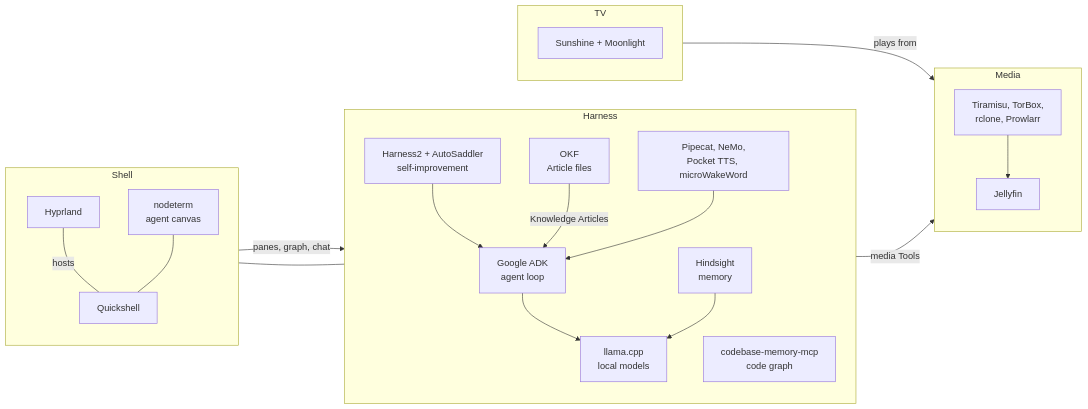
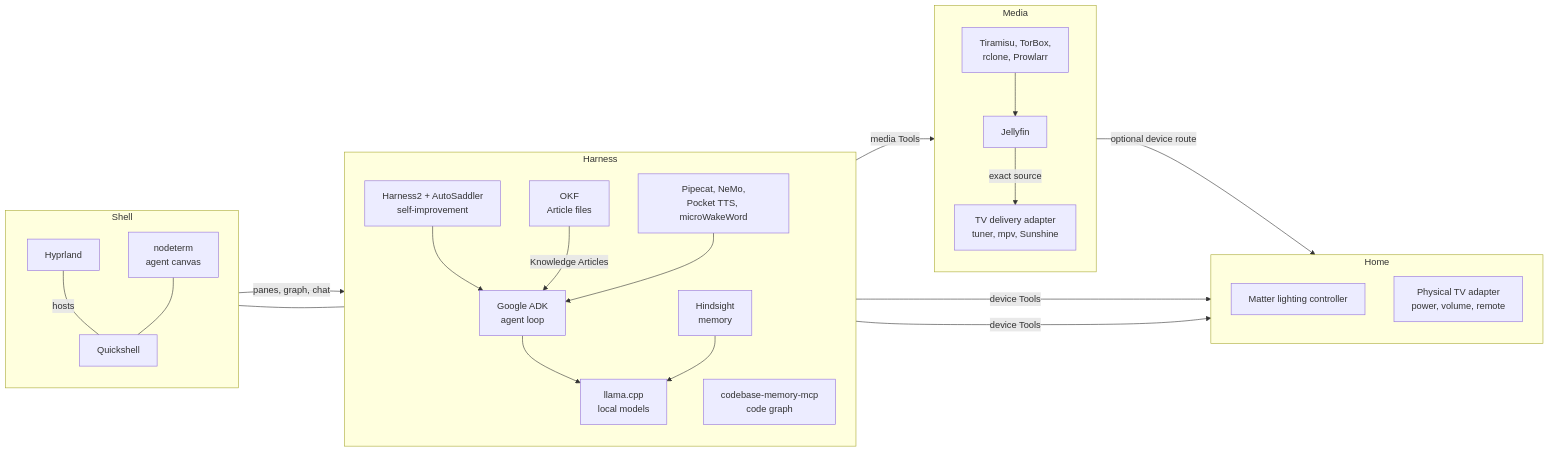
One commit to Resource-Hacker/obsidience changed the diagram in README.md. Above: the diagram before and after it, drawn with Mermaid. The commit also changed other lines of this file and 25 other files, not shown here.

````diff
--- a/README.md
+++ b/README.md
@@ -333,39 +333,44 @@
 ```mermaid
 flowchart LR
   subgraph Harness["Harness"]
     direction TB
     adk["Google ADK<br/>agent loop"]
     opt["Harness2 + AutoSaddler<br/>self-improvement"]
     mem["Hindsight<br/>memory"]
     okf["OKF<br/>Article files"]
     voice["Pipecat, NeMo,<br/>Pocket TTS, microWakeWord"]
     llama["llama.cpp<br/>local models"]
     cbm["codebase-memory-mcp<br/>code graph"]
   end
   subgraph Shell["Shell"]
     direction TB
     hypr["Hyprland"]
     qs["Quickshell"]
     canvas["nodeterm<br/>agent canvas"]
   end
   subgraph Media["Media"]
     direction TB
     jf["Jellyfin"]
     prov["Tiramisu, TorBox,<br/>rclone, Prowlarr"]
+    tuner["TV delivery adapter<br/>tuner, mpv, Sunshine"]
   end
-  subgraph TV["TV"]
+  subgraph Home["Home"]
     direction TB
-    sun["Sunshine + Moonlight"]
+    lights["Matter lighting controller"]
+    tv["Physical TV adapter<br/>power, volume, remote"]
   end
   opt --> adk --> llama
   okf -->|"Knowledge Articles"| adk
   hypr ---|"hosts"| qs
   mem --> llama
   voice --> adk
   qs -->|"panes, graph, chat"| adk
   canvas --- qs
   qs --- cbm
   adk -->|"media Tools"| jf
   prov --> jf
-  sun -->|"plays from"| jf
+  jf -->|"exact source"| tuner
+  tuner -->|"optional device route"| tv
+  adk -->|"device Tools"| lights
+  adk -->|"device Tools"| tv
 ```
````
